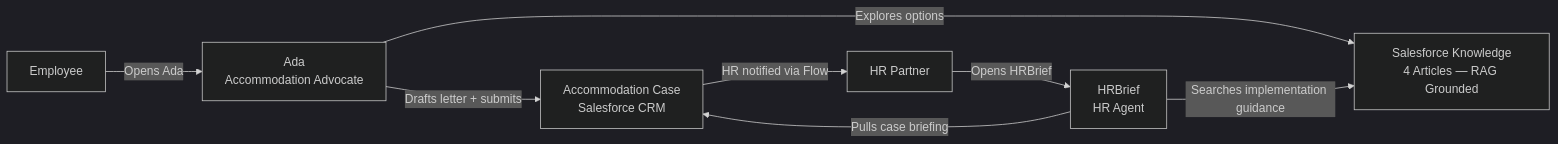
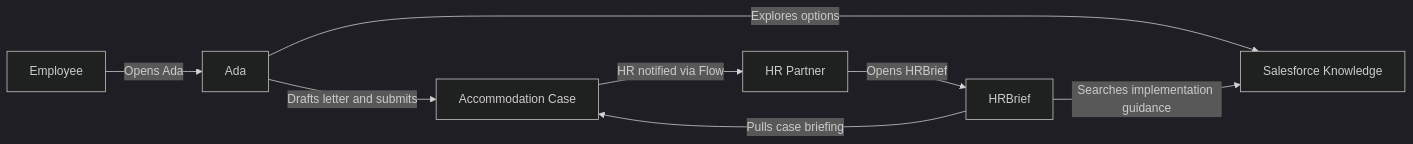
Before and after one commit to robinparfan-hub/df26-agentforce-advocate: the first of 2 diagrams in README.md, drawn with Mermaid (dark theme). The commit also changed other lines of this file, not shown here.

Commit message:
Fix Mermaid diagrams for GitHub rendering

````diff
--- a/README.md
+++ b/README.md
@@ -19,10 +19,10 @@
 ```mermaid
 flowchart LR
-    E["Employee"] -->|Opens Ada| A["Ada\nAccommodation Advocate"]
-    A -->|Explores options| K["Salesforce Knowledge\n4 Articles — RAG Grounded"]
-    A -->|Drafts letter + submits| C["Accommodation Case\nSalesforce CRM"]
-    C -->|HR notified via Flow| HR["HR Partner"]
-    HR -->|Opens HRBrief| H["HRBrief\nHR Agent"]
+    E[Employee] -->|Opens Ada| A[Ada]
+    A -->|Explores options| K[Salesforce Knowledge]
+    A -->|Drafts letter and submits| C[Accommodation Case]
+    C -->|HR notified via Flow| HR[HR Partner]
+    HR -->|Opens HRBrief| H[HRBrief]
     H -->|Pulls case briefing| C
     H -->|Searches implementation guidance| K
 ```
````
